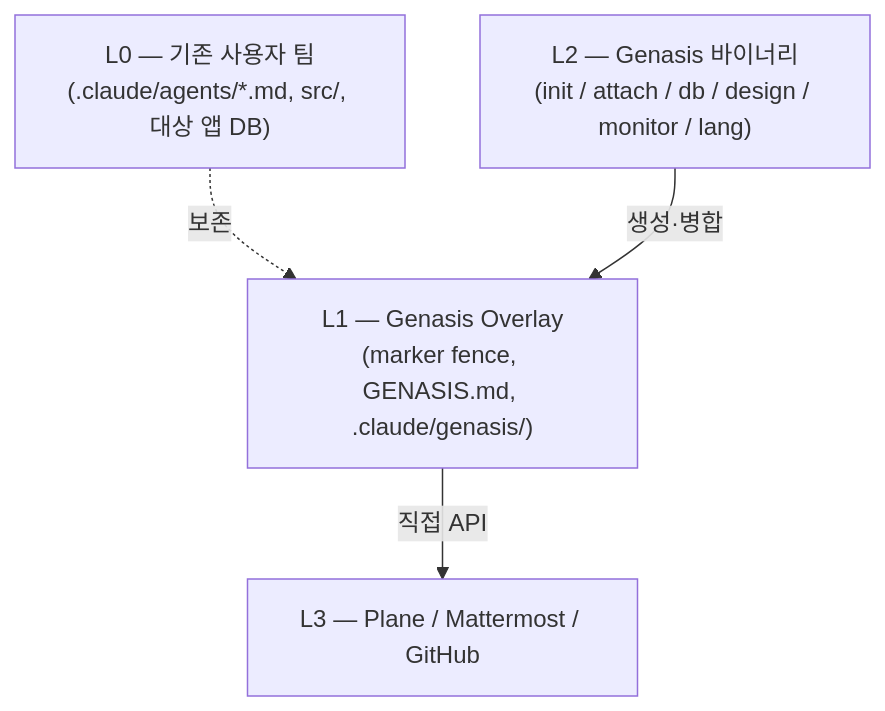
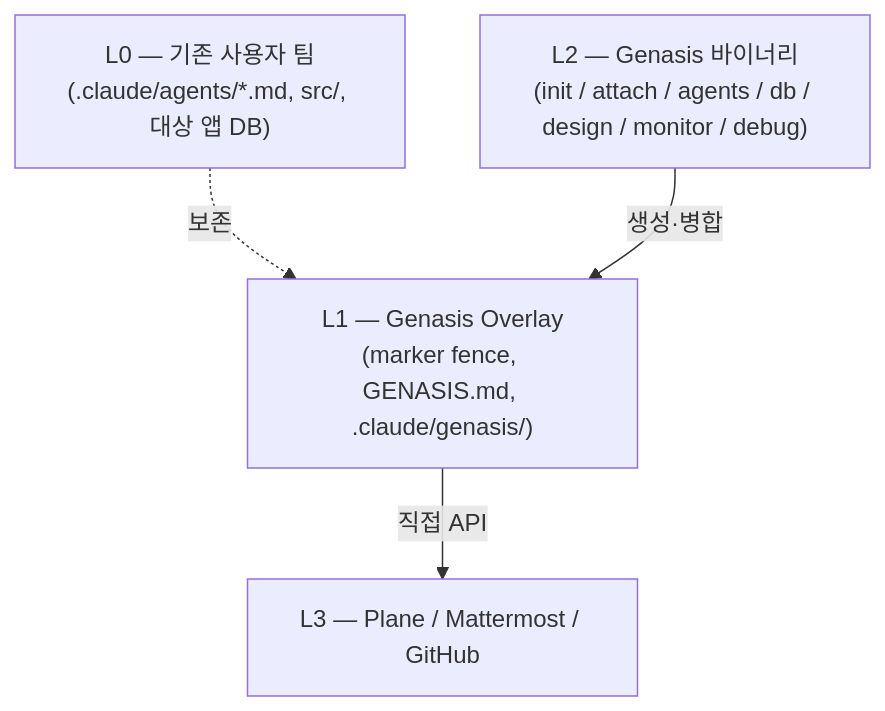
Before and after one commit to claude-genasis/genasis: the third of 3 diagrams in README.ko.md, drawn with Mermaid. The commit also changed other lines of this file and 1 other file, not shown here.

First line of the commit message:
docs(readme): align with Core Philosophy + Phase E agents marketplace

````diff
--- a/README.ko.md
+++ b/README.ko.md
@@ -102,10 +206,10 @@
 ```mermaid
 flowchart TB
   L0["L0 — 기존 사용자 팀<br/>(.claude/agents/*.md, src/, 대상 앱 DB)"]
   L1["L1 — Genasis Overlay<br/>(marker fence, GENASIS.md, .claude/genasis/)"]
-  L2["L2 — Genasis 바이너리<br/>(init / attach / db / design / monitor / lang)"]
+  L2["L2 — Genasis 바이너리<br/>(init / attach / agents / db / design / monitor / debug)"]
   L3["L3 — Plane / Mattermost / GitHub"]
   L0 -. 보존 .-> L1
   L2 -- 생성·병합 --> L1
   L1 -- 직접 API --> L3
 ```
````
